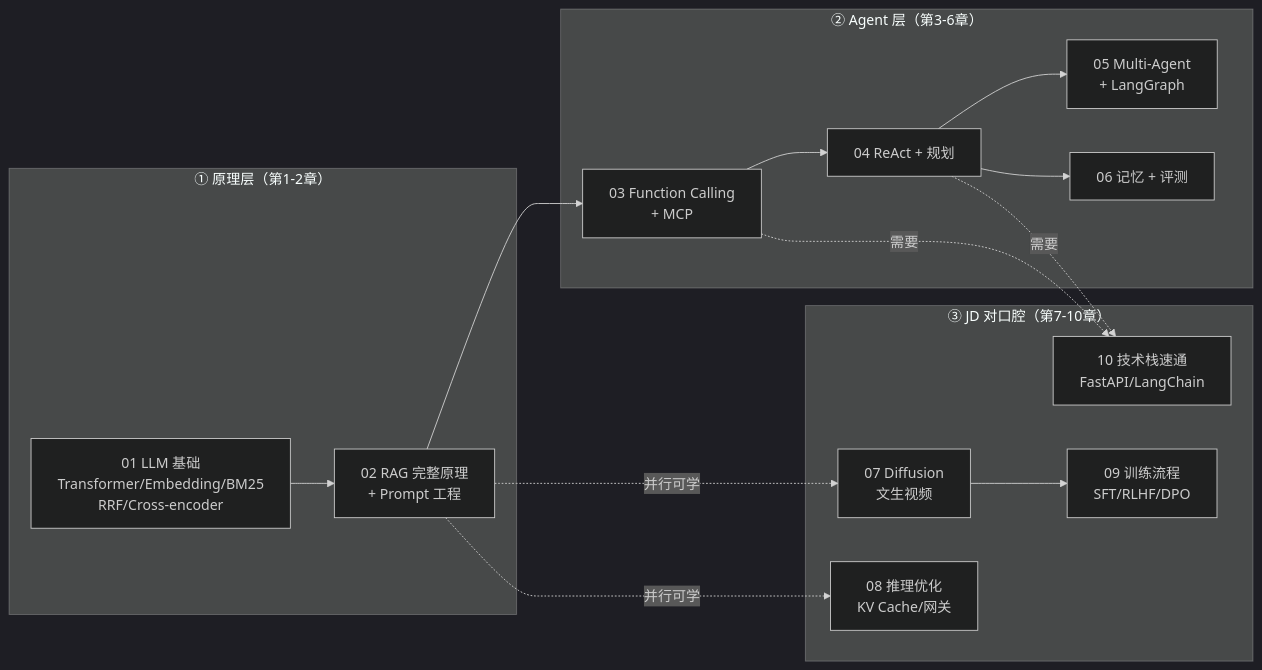
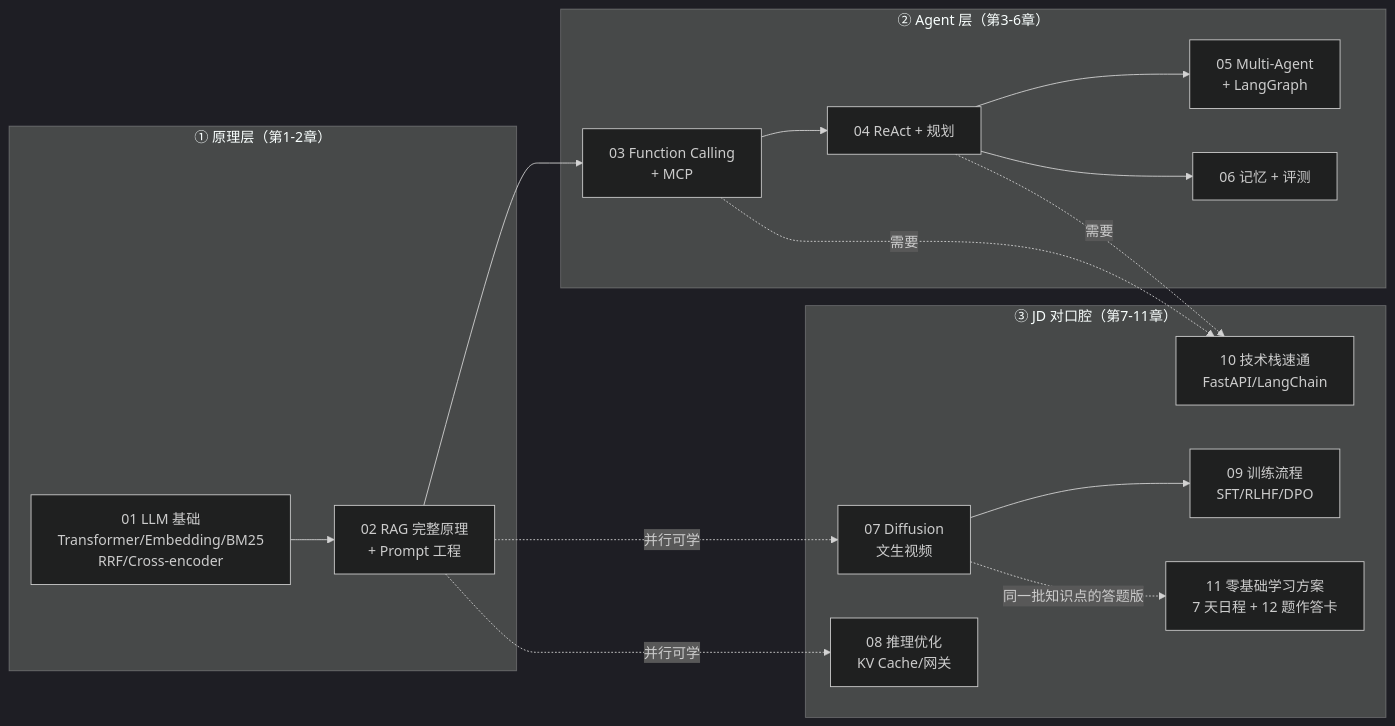
Before and after one commit to Bin-hy/go-campus: the diagram in docs/导师学习路径/index.md, drawn with Mermaid (dark theme). The commit also changed other lines of this file and 4 other files, not shown here.

````diff
--- a/docs/导师学习路径/index.md
+++ b/docs/导师学习路径/index.md
@@ -25,26 +26,28 @@
 ```mermaid
 flowchart LR
     subgraph 基础["① 原理层（第1-2章）"]
         A["01 LLM 基础<br/>Transformer/Embedding/BM25<br/>RRF/Cross-encoder"]
         B["02 RAG 完整原理<br/>+ Prompt 工程"]
     end
     subgraph Agent["② Agent 层（第3-6章）"]
         C["03 Function Calling<br/>+ MCP"]
         D["04 ReAct + 规划"]
         E["05 Multi-Agent<br/>+ LangGraph"]
         F["06 记忆 + 评测"]
     end
-    subgraph JD["③ JD 对口腔（第7-10章）"]
+    subgraph JD["③ JD 对口腔（第7-11章）"]
         G["07 Diffusion<br/>文生视频"]
         H["08 推理优化<br/>KV Cache/网关"]
         I["09 训练流程<br/>SFT/RLHF/DPO"]
         J["10 技术栈速通<br/>FastAPI/LangChain"]
+        K["11 零基础学习方案<br/>7 天日程 + 12 题作答卡"]
     end
     A --> B --> C --> D --> E
     D --> F
     B -. "并行可学" .-> G
     B -. "并行可学" .-> H
     G --> I
+    G -. "同一批知识点的答题版" .-> K
     C -. "需要" .-> J
     D -. "需要" .-> J
 ```
````
